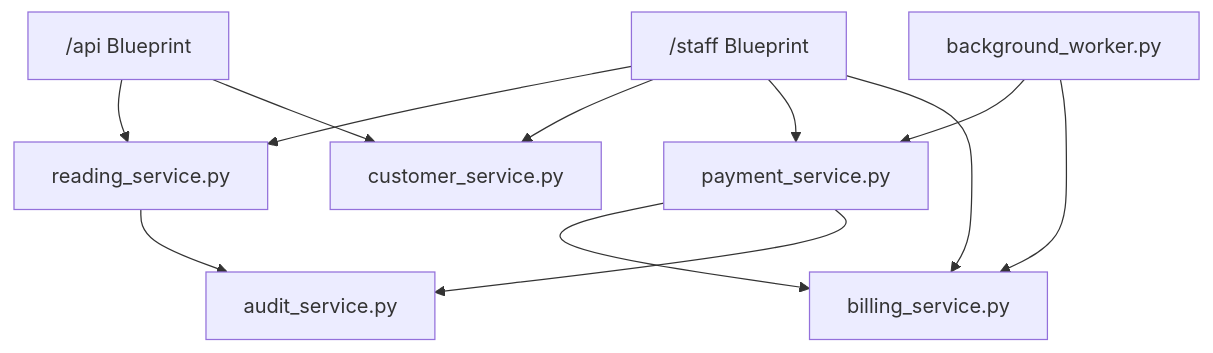
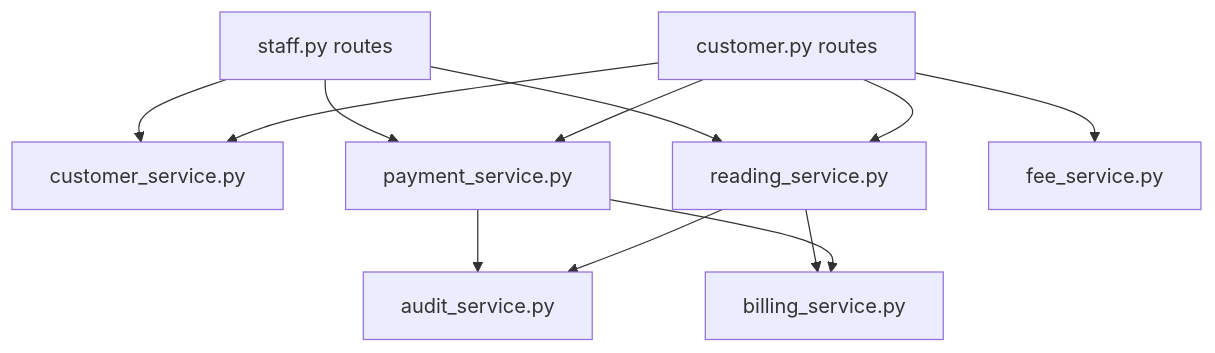
Before and after one commit to NovaProtocol/WaterBillingSystem: the diagram in documentation/docs/bill-server/services.md, drawn with Mermaid. The commit also changed other lines of this file and 12 other files, not shown here.

Commit message:
docs: rewrite for current architecture (decomposed services, Caddy, Gatekeeper)

````diff
--- a/documentation/docs/bill-server/services.md
+++ b/documentation/docs/bill-server/services.md
@@ -7,17 +116,17 @@
 ```mermaid
 graph TB
-    API["/api Blueprint"] --> READING["reading_service.py"]
-    API --> CUSTOMER["customer_service.py"]
+    CUST["customer.py routes"] --> CUSTSVC["customer_service.py"]
+    CUST --> READING["reading_service.py"]
+    CUST --> PAYMENT["payment_service.py"]
 
-    STAFF["/staff Blueprint"] --> READING
-    STAFF --> CUSTOMER
-    STAFF --> PAYMENT["payment_service.py"]
-    STAFF --> BILLING["billing_service.py"]
+    STAFF["staff.py routes"] --> CUSTSVC
+    STAFF --> READING
+    STAFF --> PAYMENT
 
-    PAYMENT --> BILLING
-    PAYMENT --> AUDIT["audit_service.py"]
-    READING --> AUDIT
+    READING --> AUDIT["audit_service.py"]
+    PAYMENT --> AUDIT
+    PAYMENT --> BILLING["billing_service.py"]
+    READING --> BILLING
 
-    SCHED["background_worker.py"] --> PAYMENT
-    SCHED --> BILLING
+    CUST --> FEE["fee_service.py"]
 ```
````
